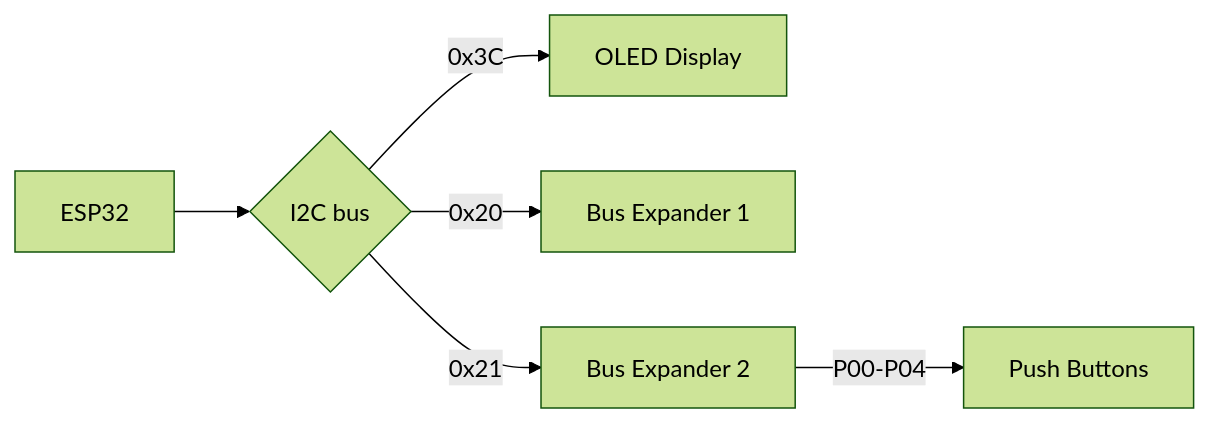
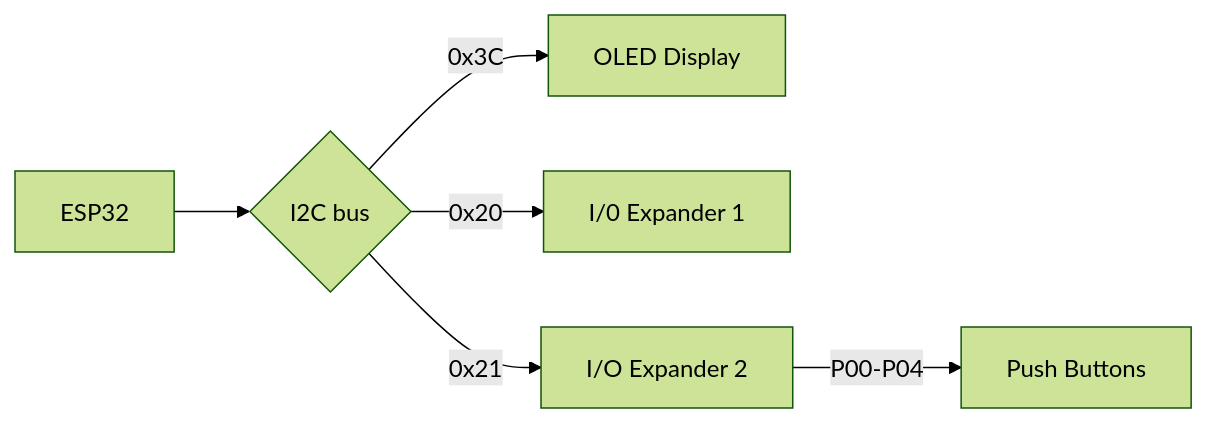
One commit to jeroenvanlieshout/esp32-cdplayer changed the diagram in README.md. Above: the diagram before and after it, drawn with Mermaid (forest theme). The commit also changed other lines of this file, not shown here.

````diff
--- a/README.md
+++ b/README.md
@@ -10,8 +12,8 @@
 ```mermaid
 graph LR
     A[ESP32] --> B{I2C bus}
     B -->|0x3C| C[OLED Display]
-    B -->|0x20| E[Bus Expander 1]
-    B -->|0x21| F[Bus Expander 2]
+    B -->|0x20| E[I/0 Expander 1]
+    B -->|0x21| F[I/O Expander 2]
     F -->|P00-P04| G[Push Buttons]
 ```
````
